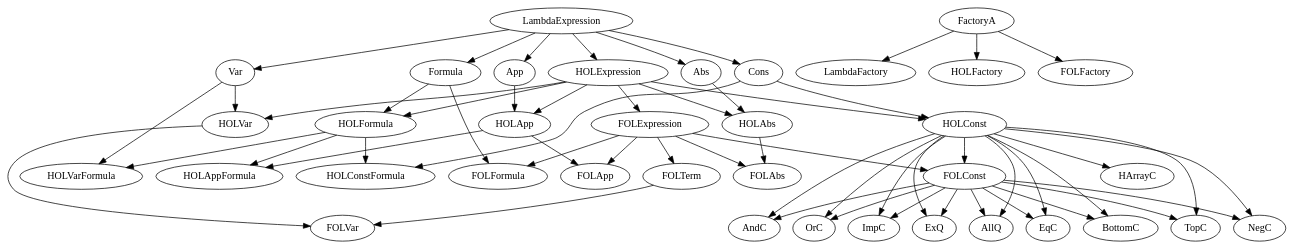
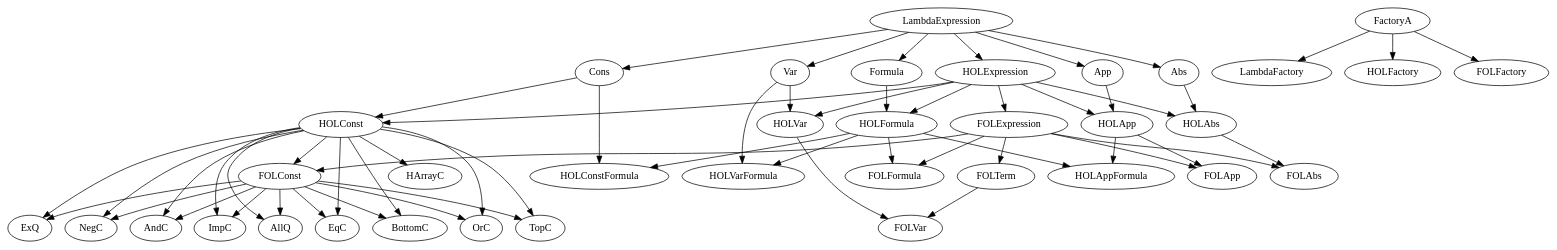
Before and after one commit to mschlaipfer/gapt: the diagram in doc/hierarchy.gv, drawn with Graphviz. The commit also changed 21 other files, not shown here.

```diff
--- a/doc/hierarchy.gv
+++ b/doc/hierarchy.gv
@@ -1,60 +1,60 @@
 # Command: dot hierarchy.gv -Tpng > hierarchy.png
 
 digraph G {
   LambdaExpression -> Var;
   LambdaExpression -> Cons;
   LambdaExpression -> App;
   LambdaExpression -> Abs;
   LambdaExpression -> Formula;
   LambdaExpression -> HOLExpression;
   FactoryA -> LambdaFactory;
   HOLExpression -> HOLFormula;
   FactoryA -> HOLFactory;
   Formula -> HOLFormula;
   HOLExpression -> HOLVar;
   Var -> HOLVar;
   HOLExpression -> HOLConst;
   Cons -> HOLConst;
   HOLFormula -> HOLVarFormula;
   Var -> HOLVarFormula;
   HOLFormula -> HOLConstFormula;
   Cons -> HOLConstFormula;
   App -> HOLApp;
   HOLExpression -> HOLApp;
   HOLApp -> HOLAppFormula;
   HOLFormula -> HOLAppFormula;
   Abs -> HOLAbs;
   HOLExpression -> HOLAbs;
   HOLConst -> BottomC;
   HOLConst -> TopC;
   HOLConst -> NegC;
   HOLConst -> AndC;
   HOLConst -> OrC;
   HOLConst -> ImpC;
   HOLConst -> HArrayC; 
   HOLConst -> ExQ;
   HOLConst -> AllQ;
   HOLConst -> EqC;
   HOLExpression -> FOLExpression;
   FOLExpression -> FOLFormula;
-  Formula -> FOLFormula;
+  HOLFormula -> FOLFormula;
   FOLExpression -> FOLTerm;
   HOLApp -> FOLApp;
   FOLExpression -> FOLApp;
   HOLAbs -> FOLAbs;
   FOLExpression -> FOLAbs;
   HOLVar -> FOLVar;
   FOLTerm -> FOLVar;
   HOLConst -> FOLConst;
   FOLExpression -> FOLConst;
   FOLConst -> TopC;
   FOLConst -> BottomC;
   FOLConst -> NegC;
   FOLConst -> AndC;
   FOLConst -> OrC;
   FOLConst -> ImpC;
   FOLConst -> EqC;
   FOLConst -> ExQ;
   FOLConst -> AllQ;
   FactoryA -> FOLFactory;
 }
```
